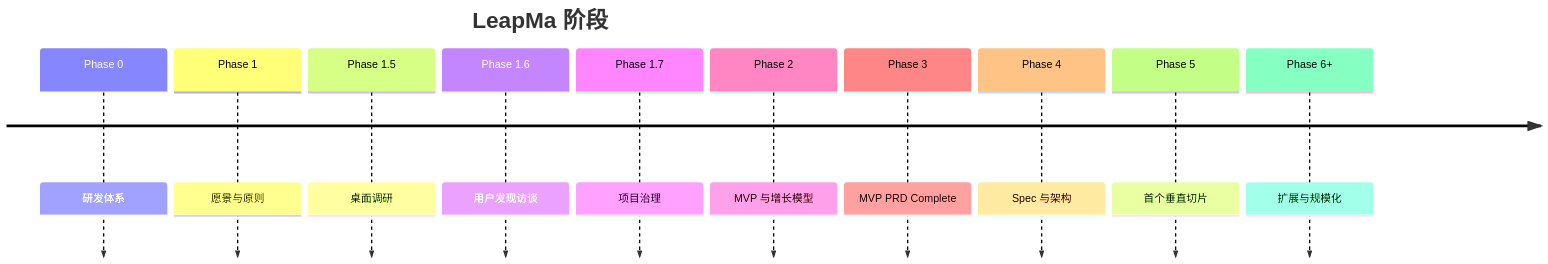
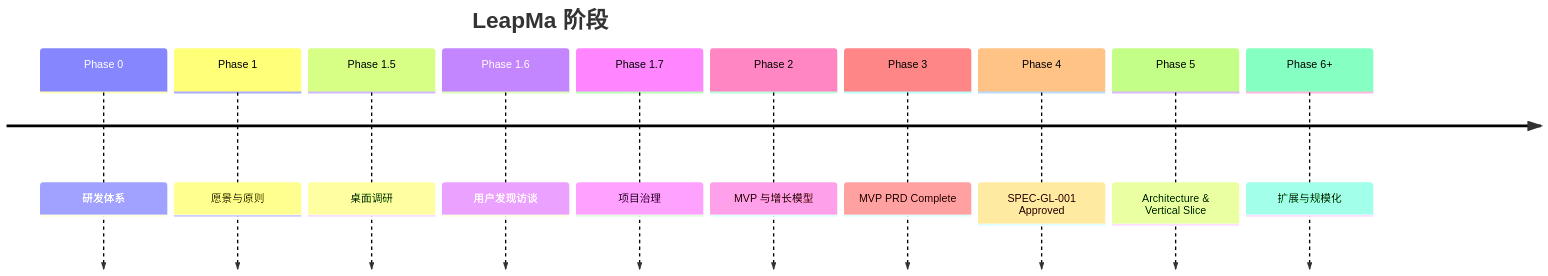
The diagram in docs/00_Project/Roadmap.md (LeapMaCoder/ai-engineer-os), drawn with Mermaid before and after one commit. The commit also changed other lines of this file and 7 other files, not shown here.

````diff
--- a/docs/00_Project/Roadmap.md
+++ b/docs/00_Project/Roadmap.md
@@ -19,14 +19,14 @@
 ```mermaid
 timeline
   title LeapMa 阶段
   Phase 0 : 研发体系
   Phase 1 : 愿景与原则
   Phase 1.5 : 桌面调研
   Phase 1.6 : 用户发现访谈
   Phase 1.7 : 项目治理
   Phase 2 : MVP 与增长模型
   Phase 3 : MVP PRD Complete
-  Phase 4 : Spec 与架构
-  Phase 5 : 首个垂直切片
+  Phase 4 : SPEC-GL-001 Approved
+  Phase 5 : Architecture & Vertical Slice
   Phase 6+ : 扩展与规模化
 ```
````
